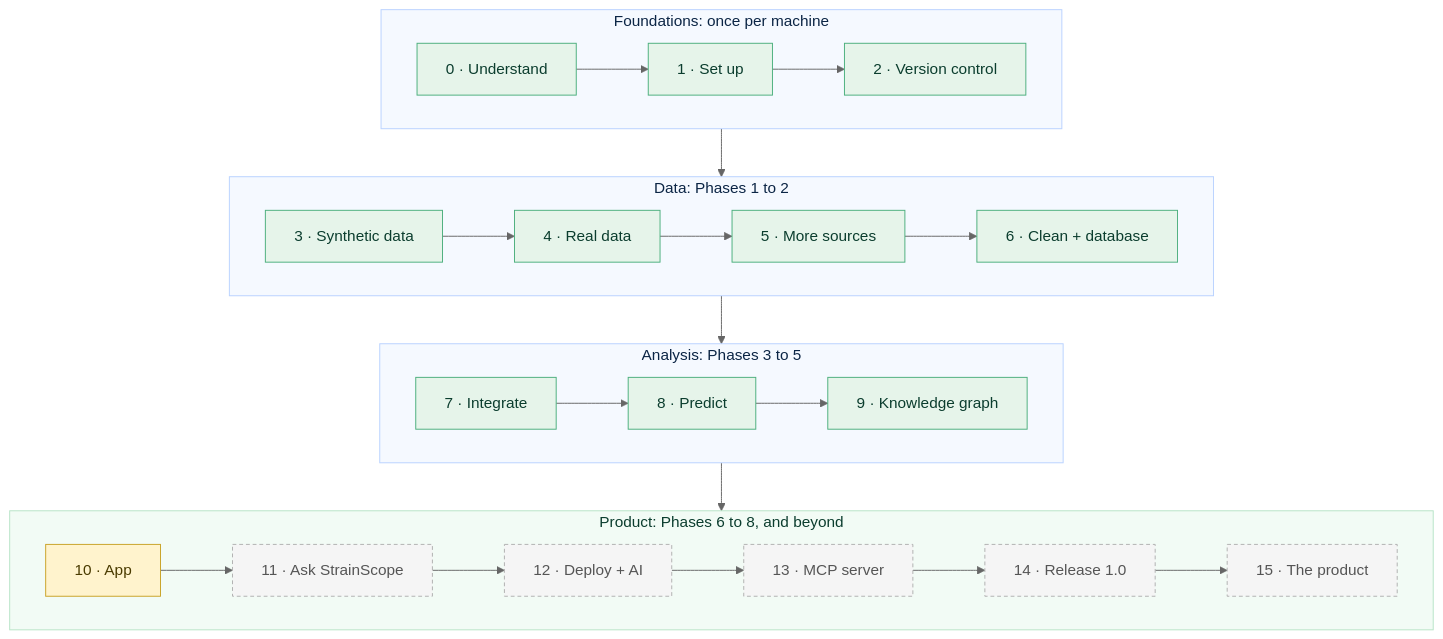
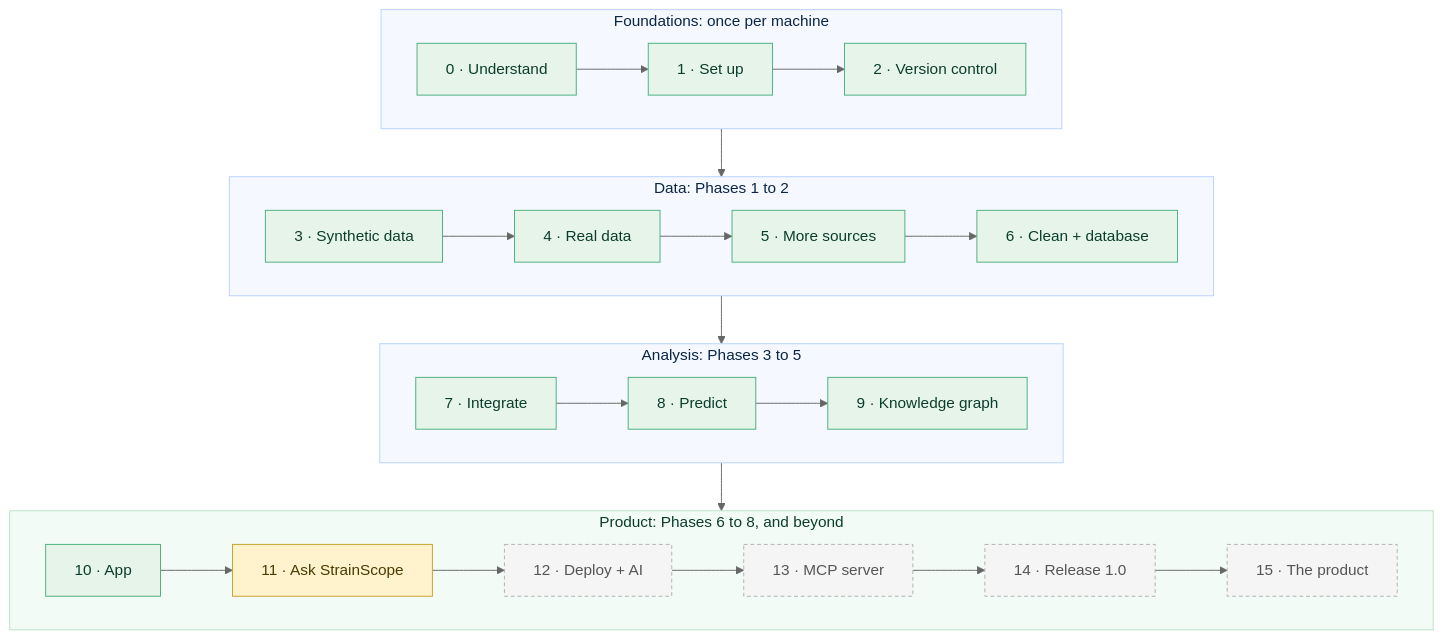
One commit to akannan2987/strainscope changed the first of 3 diagrams in docs/HANDBOOK.md. Above: the diagram before and after it, drawn with Mermaid (neutral theme). The commit also changed other lines of this file and 47 other files, not shown here.

Commit message:
feat: add the Streamlit app with ranking, strain pages, graph, uploads and a safe SQL console

````diff
--- a/docs/HANDBOOK.md
+++ b/docs/HANDBOOK.md
@@ -21,31 +42,31 @@
 ```mermaid
 flowchart TB
     subgraph FOUND["Foundations: once per machine"]
         direction LR
         S0["0 · Understand"] --> S1["1 · Set up"] --> S2["2 · Version control"]
     end
     subgraph DATA["Data: Phases 1 to 2"]
         direction LR
         S3["3 · Synthetic data"] --> S4["4 · Real data"] --> S5["5 · More sources"] --> S6["6 · Clean + database"]
     end
     subgraph ANALYSIS["Analysis: Phases 3 to 5"]
         direction LR
         S7["7 · Integrate"] --> S8["8 · Predict"] --> S9["9 · Knowledge graph"]
     end
     subgraph PRODUCT["Product: Phases 6 to 8, and beyond"]
         direction LR
         S10["10 · App"] --> S11["11 · Ask StrainScope"] --> S12["12 · Deploy + AI"] --> S13["13 · MCP server"] --> S14["14 · Release 1.0"] --> S15["15 · The product"]
     end
     FOUND --> DATA --> ANALYSIS --> PRODUCT
 
     classDef done fill:#E6F4EA,stroke:#4CAF7D,color:#0B3D2E;
     classDef next fill:#FFF3CD,stroke:#C9A227,color:#4A3B00;
     classDef later fill:#F5F5F5,stroke:#B0B0B0,color:#555555,stroke-dasharray:4 3;
-    class S0,S1,S2,S3,S4,S5,S6,S7,S8,S9 done
-    class S10 next
-    class S11,S12,S13,S14,S15 later
+    class S0,S1,S2,S3,S4,S5,S6,S7,S8,S9,S10 done
+    class S11 next
+    class S12,S13,S14,S15 later
     style FOUND fill:#F5F9FF,stroke:#B9D2FF,color:#0B2545
     style DATA fill:#F5F9FF,stroke:#B9D2FF,color:#0B2545
     style ANALYSIS fill:#F5F9FF,stroke:#B9D2FF,color:#0B2545
     style PRODUCT fill:#F2FBF5,stroke:#B7E4C7,color:#0B3D2E
 ```
````
